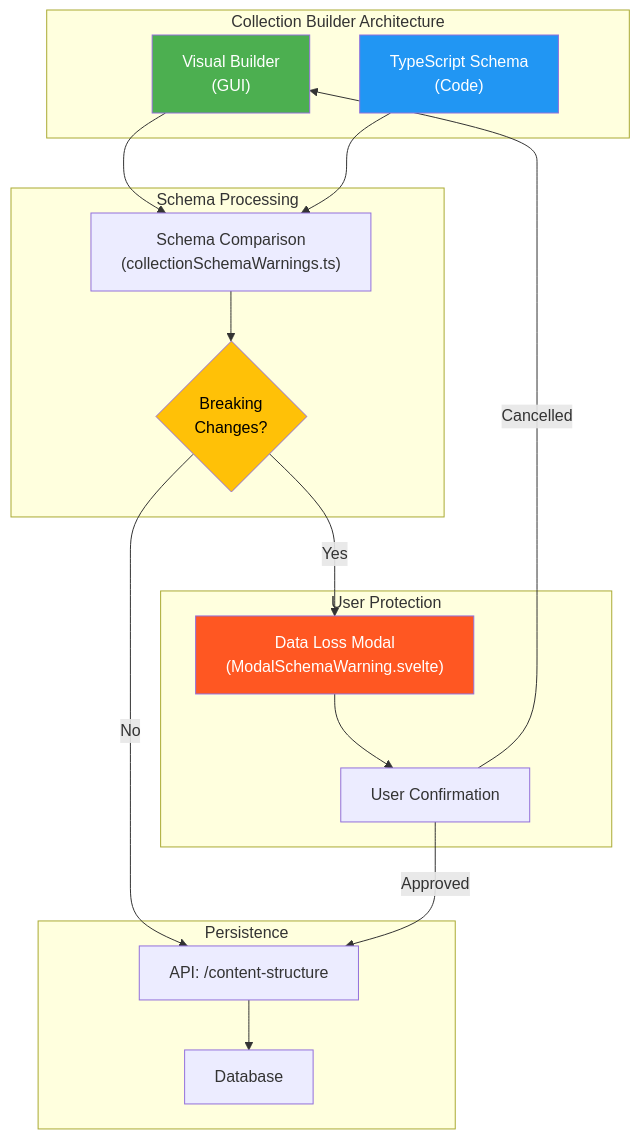
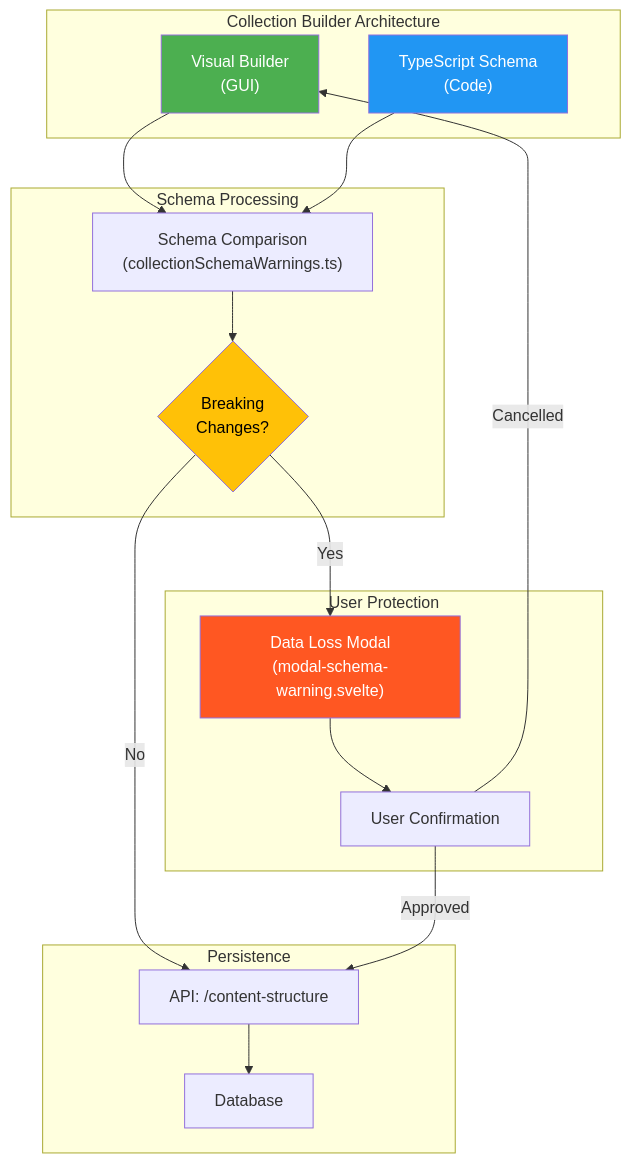
The diagram in docs/guides/development/collection-builder.mdx (SveltyCMS/SveltyCMS), drawn with Mermaid before and after one commit. The commit also changed other lines of this file and 353 other files, not shown here.

````diff
--- a/docs/guides/development/collection-builder.mdx
+++ b/docs/guides/development/collection-builder.mdx
@@ -26,37 +26,37 @@
 ```mermaid
 flowchart TB
     subgraph "Collection Builder Architecture"
         GUI["Visual Builder<br/>(GUI)"]
         CODE["TypeScript Schema<br/>(Code)"]
     end
 
     subgraph "Schema Processing"
         DIFF["Schema Comparison<br/>(collectionSchemaWarnings.ts)"]
         WARN{"Breaking<br/>Changes?"}
     end
 
     subgraph "User Protection"
-        MODAL["Data Loss Modal<br/>(ModalSchemaWarning.svelte)"]
+        MODAL["Data Loss Modal<br/>(modal-schema-warning.svelte)"]
         CONFIRM["User Confirmation"]
     end
 
     subgraph "Persistence"
         API["API: /content-structure"]
         DB["Database"]
     end
 
     GUI --> DIFF
     CODE --> DIFF
     DIFF --> WARN
     WARN -->|Yes| MODAL
     WARN -->|No| API
     MODAL --> CONFIRM
     CONFIRM -->|Approved| API
     CONFIRM -->|Cancelled| GUI
     API --> DB
 
     style GUI fill:#4CAF50,color:#fff
     style CODE fill:#2196F3,color:#fff
     style MODAL fill:#FF5722,color:#fff
     style WARN fill:#FFC107,color:#000
 ```
````
